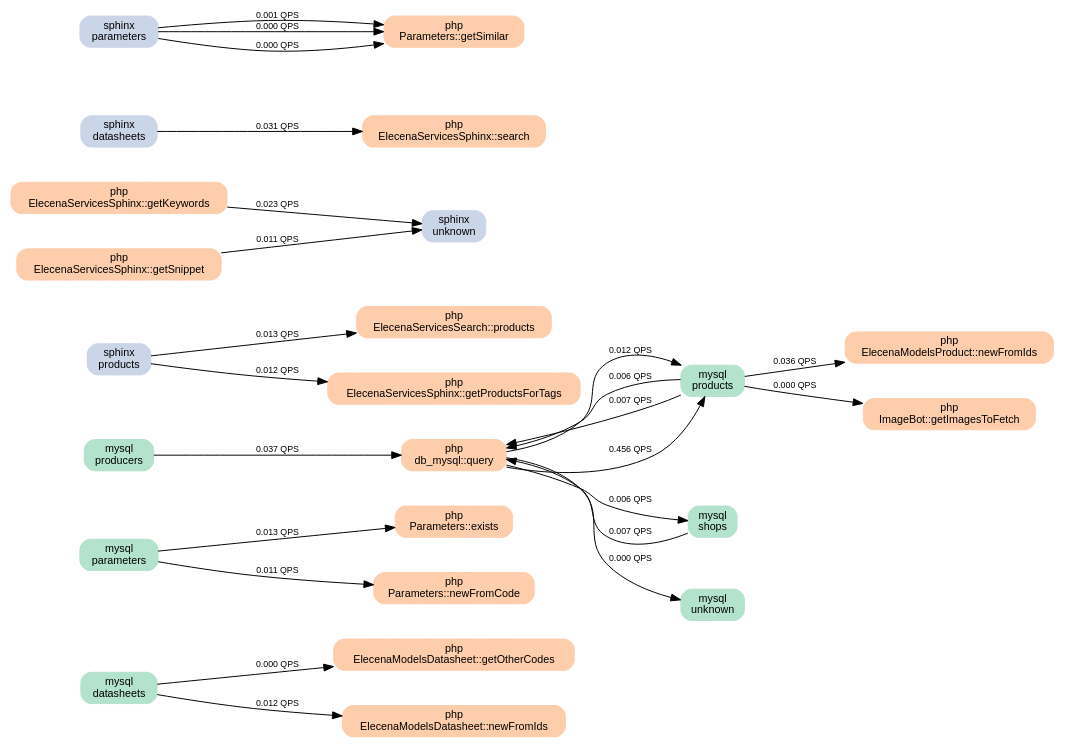
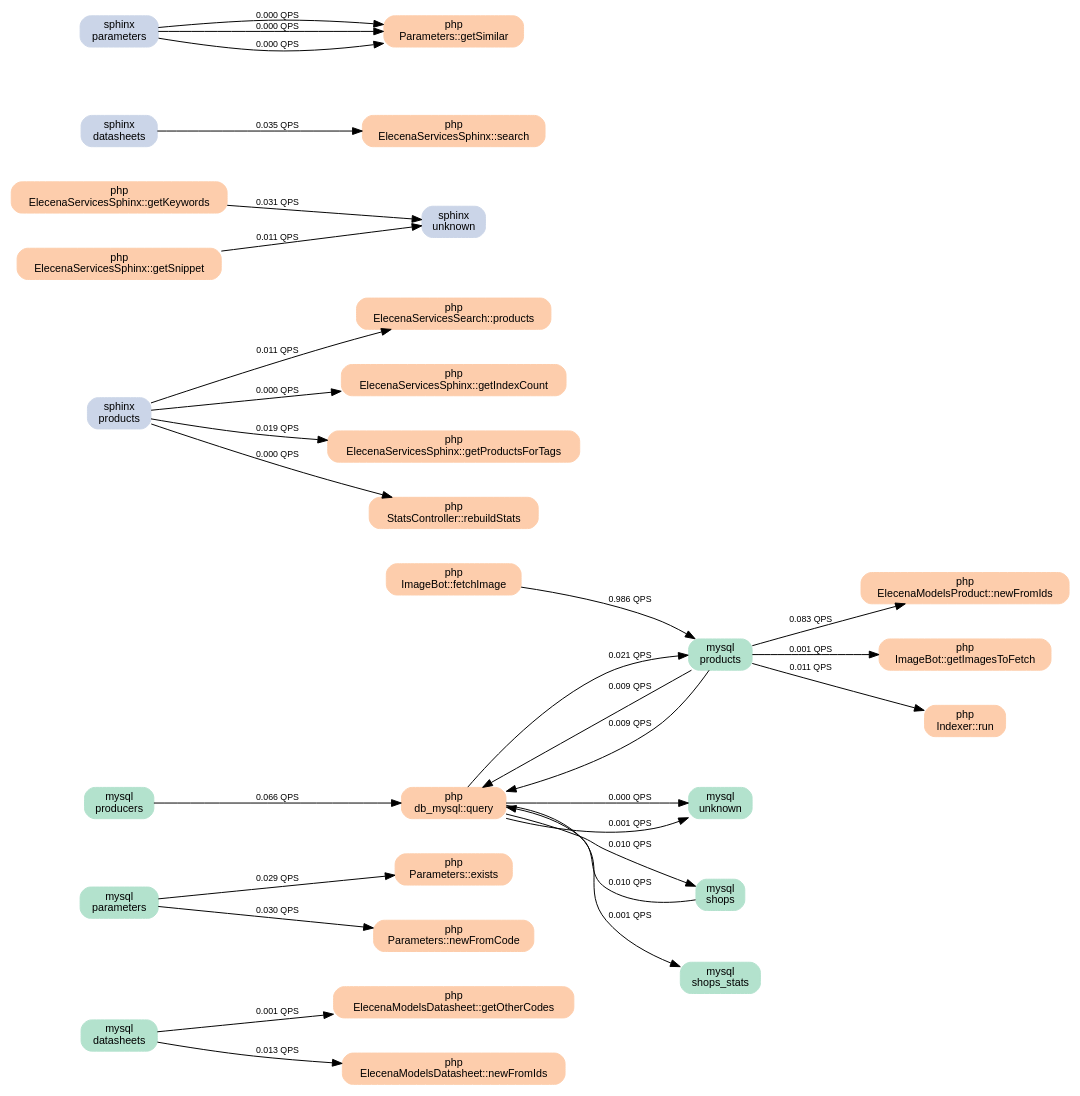
Before and after one commit to elecena/data-flow: the diagram in output/database.gv, drawn with Graphviz. The commit also changed 6 other files, not shown here.

Commit message:
Fetch more queries and add generated graphs to repo

```diff
--- a/output/database.gv
+++ b/output/database.gv
@@ -1,54 +1,64 @@
 digraph G {
 	graph [ center=true, margin=0.75, nodesep=0.5, ranksep=0.75, rankdir=LR ];
 	node [ shape=box, style="rounded,filled" width=0, height=0, fontname=Helvetica, fontsize=11 ];
 	edge [ fontname=Helvetica, fontsize=9 ];
 
 	// nodes
 	n1 [label="mysql\ndatasheets" group="mysql" colorscheme=pastel28 color=1];
 	n2 [label="mysql\nparameters" group="mysql" colorscheme=pastel28 color=1];
 	n3 [label="mysql\nproducers" group="mysql" colorscheme=pastel28 color=1];
 	n4 [label="mysql\nproducts" group="mysql" colorscheme=pastel28 color=1];
 	n5 [label="mysql\nshops" group="mysql" colorscheme=pastel28 color=1];
-	n6 [label="mysql\nunknown" group="mysql" colorscheme=pastel28 color=1];
-	n7 [label="php\nElecena\Models\Datasheet::getOtherCodes" group="php" colorscheme=pastel28 color=2];
-	n8 [label="php\nElecena\Models\Datasheet::newFromIds" group="php" colorscheme=pastel28 color=2];
-	n9 [label="php\nElecena\Models\Product::newFromIds" group="php" colorscheme=pastel28 color=2];
-	n10 [label="php\nElecena\Services\Search::products" group="php" colorscheme=pastel28 color=2];
-	n11 [label="php\nElecena\Services\Sphinx::getKeywords" group="php" colorscheme=pastel28 color=2];
-	n12 [label="php\nElecena\Services\Sphinx::getProductsForTags" group="php" colorscheme=pastel28 color=2];
-	n13 [label="php\nElecena\Services\Sphinx::getSnippet" group="php" colorscheme=pastel28 color=2];
-	n14 [label="php\nElecena\Services\Sphinx::search" group="php" colorscheme=pastel28 color=2];
-	n15 [label="php\nImageBot::getImagesToFetch" group="php" colorscheme=pastel28 color=2];
-	n16 [label="php\nParameters::exists" group="php" colorscheme=pastel28 color=2];
-	n17 [label="php\nParameters::getSimilar" group="php" colorscheme=pastel28 color=2];
-	n18 [label="php\nParameters::newFromCode" group="php" colorscheme=pastel28 color=2];
-	n19 [label="php\ndb_mysql::query" group="php" colorscheme=pastel28 color=2];
-	n20 [label="sphinx\ndatasheets" group="sphinx" colorscheme=pastel28 color=3];
-	n21 [label="sphinx\nparameters" group="sphinx" colorscheme=pastel28 color=3];
-	n22 [label="sphinx\nproducts" group="sphinx" colorscheme=pastel28 color=3];
-	n23 [label="sphinx\nunknown" group="sphinx" colorscheme=pastel28 color=3];
+	n6 [label="mysql\nshops_stats" group="mysql" colorscheme=pastel28 color=1];
+	n7 [label="mysql\nunknown" group="mysql" colorscheme=pastel28 color=1];
+	n8 [label="php\nElecena\Models\Datasheet::getOtherCodes" group="php" colorscheme=pastel28 color=2];
+	n9 [label="php\nElecena\Models\Datasheet::newFromIds" group="php" colorscheme=pastel28 color=2];
+	n10 [label="php\nElecena\Models\Product::newFromIds" group="php" colorscheme=pastel28 color=2];
+	n11 [label="php\nElecena\Services\Search::products" group="php" colorscheme=pastel28 color=2];
+	n12 [label="php\nElecena\Services\Sphinx::getIndexCount" group="php" colorscheme=pastel28 color=2];
+	n13 [label="php\nElecena\Services\Sphinx::getKeywords" group="php" colorscheme=pastel28 color=2];
+	n14 [label="php\nElecena\Services\Sphinx::getProductsForTags" group="php" colorscheme=pastel28 color=2];
+	n15 [label="php\nElecena\Services\Sphinx::getSnippet" group="php" colorscheme=pastel28 color=2];
+	n16 [label="php\nElecena\Services\Sphinx::search" group="php" colorscheme=pastel28 color=2];
+	n17 [label="php\nImageBot::fetchImage" group="php" colorscheme=pastel28 color=2];
+	n18 [label="php\nImageBot::getImagesToFetch" group="php" colorscheme=pastel28 color=2];
+	n19 [label="php\nIndexer::run" group="php" colorscheme=pastel28 color=2];
+	n20 [label="php\nParameters::exists" group="php" colorscheme=pastel28 color=2];
+	n21 [label="php\nParameters::getSimilar" group="php" colorscheme=pastel28 color=2];
+	n22 [label="php\nParameters::newFromCode" group="php" colorscheme=pastel28 color=2];
+	n23 [label="php\nStatsController::rebuildStats" group="php" colorscheme=pastel28 color=2];
+	n24 [label="php\ndb_mysql::query" group="php" colorscheme=pastel28 color=2];
+	n25 [label="sphinx\ndatasheets" group="sphinx" colorscheme=pastel28 color=3];
+	n26 [label="sphinx\nparameters" group="sphinx" colorscheme=pastel28 color=3];
+	n27 [label="sphinx\nproducts" group="sphinx" colorscheme=pastel28 color=3];
+	n28 [label="sphinx\nunknown" group="sphinx" colorscheme=pastel28 color=3];
 
 	// edges
-	n19 -> n4 [label="0.456 QPS"];
-	n19 -> n5 [label="0.006 QPS"];
-	n4 -> n19 [label="0.006 QPS"];
-	n22 -> n12 [label="0.012 QPS"];
-	n4 -> n9 [label="0.036 QPS"];
-	n11 -> n23 [label="0.023 QPS"];
-	n4 -> n19 [label="0.007 QPS"];
-	n3 -> n19 [label="0.037 QPS"];
-	n20 -> n14 [label="0.031 QPS"];
-	n5 -> n19 [label="0.007 QPS"];
-	n1 -> n8 [label="0.012 QPS"];
-	n4 -> n15 [label="0.000 QPS"];
-	n21 -> n17 [label="0.001 QPS"];
-	n13 -> n23 [label="0.011 QPS"];
-	n2 -> n18 [label="0.011 QPS"];
-	n2 -> n16 [label="0.013 QPS"];
-	n22 -> n10 [label="0.013 QPS"];
-	n21 -> n17 [label="0.000 QPS"];
-	n19 -> n6 [label="0.000 QPS"];
-	n19 -> n4 [label="0.012 QPS"];
-	n21 -> n17 [label="0.000 QPS"];
-	n1 -> n7 [label="0.000 QPS"];
+	n4 -> n10 [label="0.083 QPS"];
+	n27 -> n11 [label="0.011 QPS"];
+	n15 -> n28 [label="0.011 QPS"];
+	n2 -> n20 [label="0.029 QPS"];
+	n13 -> n28 [label="0.031 QPS"];
+	n4 -> n19 [label="0.011 QPS"];
+	n2 -> n22 [label="0.030 QPS"];
+	n17 -> n4 [label="0.986 QPS"];
+	n24 -> n5 [label="0.010 QPS"];
+	n3 -> n24 [label="0.066 QPS"];
+	n25 -> n16 [label="0.035 QPS"];
+	n27 -> n14 [label="0.019 QPS"];
+	n1 -> n9 [label="0.013 QPS"];
+	n5 -> n24 [label="0.010 QPS"];
+	n4 -> n24 [label="0.009 QPS"];
+	n24 -> n4 [label="0.021 QPS"];
+	n4 -> n24 [label="0.009 QPS"];
+	n26 -> n21 [label="0.000 QPS"];
+	n1 -> n8 [label="0.001 QPS"];
+	n24 -> n6 [label="0.001 QPS"];
+	n26 -> n21 [label="0.000 QPS"];
+	n24 -> n7 [label="0.001 QPS"];
+	n4 -> n18 [label="0.001 QPS"];
+	n26 -> n21 [label="0.000 QPS"];
+	n24 -> n7 [label="0.000 QPS"];
+	n27 -> n23 [label="0.000 QPS"];
+	n27 -> n12 [label="0.000 QPS"];
 }
```
